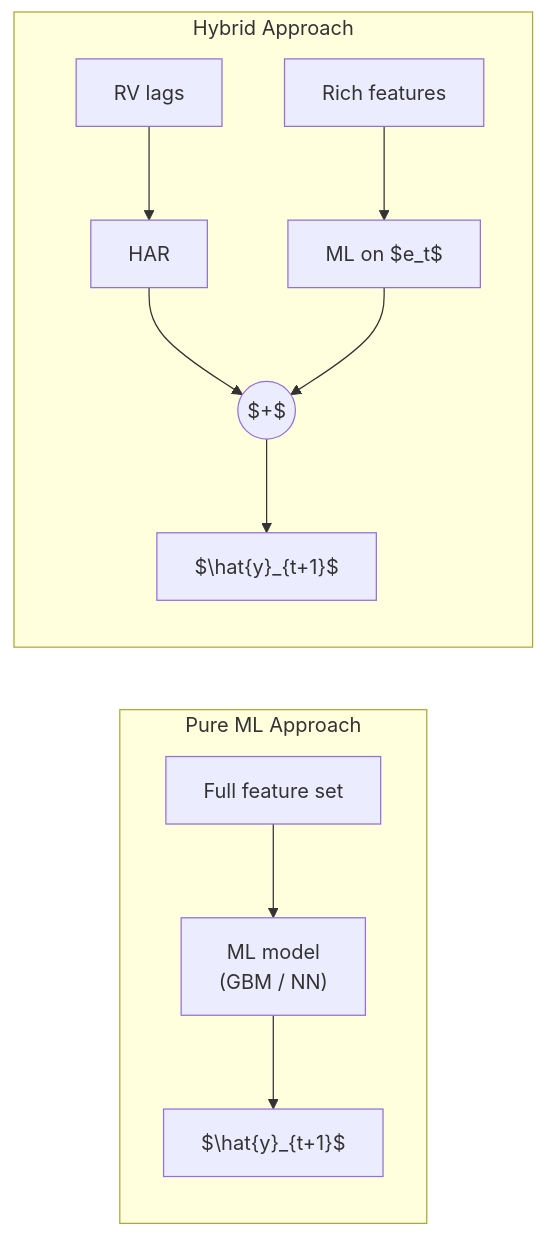
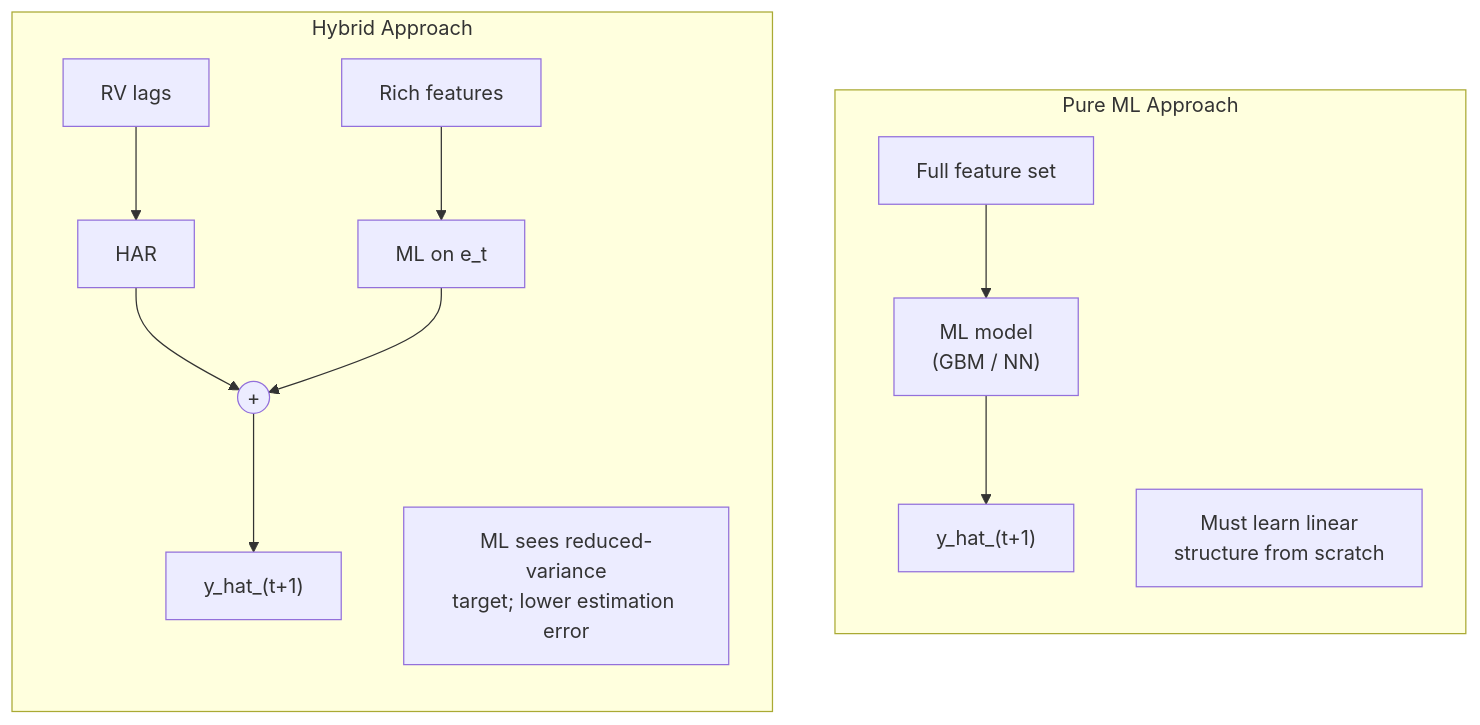
Before and after one commit to xRyann2255/ML-GS: the fourth of 4 diagrams in vol-learning-guide/markdown/ch13-hybrid-ensemble.md, drawn with Mermaid. The commit also changed other lines of this file and 19 other files, not shown here.

````diff
--- a/vol-learning-guide/markdown/ch13-hybrid-ensemble.md
+++ b/vol-learning-guide/markdown/ch13-hybrid-ensemble.md
@@ -1299,23 +661,18 @@
 ```mermaid
-flowchart LR
-    subgraph pure["Pure ML Approach"]
-        data1["Full feature set"]
-        ml1["ML model\n(GBM / NN)"]
-        out1["$\hat{y}_{t+1}$"]
-        data1 --> ml1 --> out1
+flowchart TD
+    subgraph pureml["Pure ML Approach"]
+        direction TB
+        data1["Full feature set"] --> ml1["ML model<br/>(GBM / NN)"]
+        ml1 --> out1["y_hat_(t+1)"]
+        note1["Must learn linear<br/>structure from scratch"]
     end
-
     subgraph hybrid["Hybrid Approach"]
-        rvlags["RV lags"]
-        har2["HAR"]
-        richfeat["Rich features"]
-        ml2["ML on $e_t$"]
-        plus2(("$+$"))
-        out2["$\hat{y}_{t+1}$"]
-        rvlags --> har2
-        richfeat --> ml2
-        har2 --> plus2
+        direction TB
+        data2["RV lags"] --> har2["HAR"]
+        feat2["Rich features"] --> ml2["ML on e_t"]
+        har2 --> plus2(("+"))
         ml2 --> plus2
-        plus2 --> out2
+        plus2 --> out2["y_hat_(t+1)"]
+        note2["ML sees reduced-variance<br/>target; lower estimation error"]
     end
 ```
````
